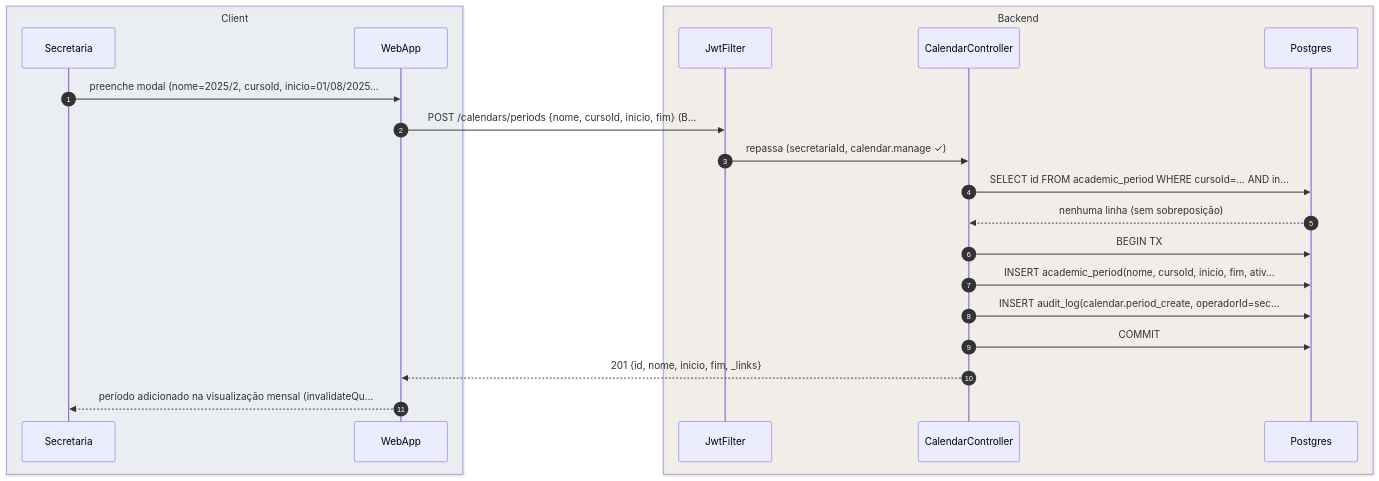
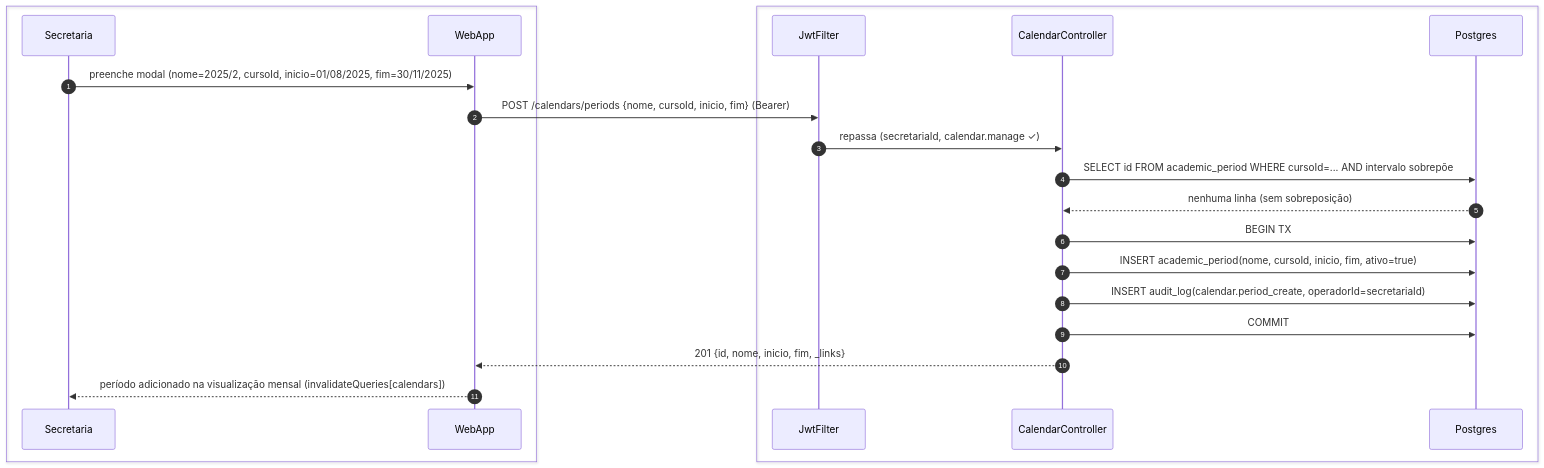
One commit to umishell/secretariaOnline2 changed the fifth of 8 diagrams in foundationDocs/sequenceDiagrams/F5 — Secretaria/US-F5-004-DADOS-ACADEMICOS.md. Above: the diagram before and after it, drawn with Mermaid. The commit also changed other lines of this file and 70 other files, not shown here.

First line of the commit message:
Enhance database documentation and introduce new schema files

````diff
--- a/foundationDocs/sequenceDiagrams/F5 — Secretaria/US-F5-004-DADOS-ACADEMICOS.md
+++ b/foundationDocs/sequenceDiagrams/F5 — Secretaria/US-F5-004-DADOS-ACADEMICOS.md
@@ -223,25 +223,25 @@
 ```mermaid
 sequenceDiagram
     autonumber
-    box rgba(230,245,255,0.3) Client
+    box #e8f4fc Cliente
         participant Secretaria
         participant WebApp
     end
-    box rgba(255,245,230,0.3) Backend
+    box #fff8ee Servidor
         participant JwtFilter
         participant CalendarController
         participant Postgres
     end
 
-    Secretaria->>WebApp: preenche modal (nome=2025/2, cursoId, inicio=01/08/2025…
-    WebApp->>JwtFilter: POST /calendars/periods {nome, cursoId, inicio, fim} (B…
+    Secretaria->>WebApp: preenche modal (nome=2025/2, cursoId, inicio=01/08/2025, fim=30/11/2025)
+    WebApp->>JwtFilter: POST /calendars/periods {nome, cursoId, inicio, fim} (Bearer)
     JwtFilter->>CalendarController: repassa (secretariaId, calendar.manage ✓)
-    CalendarController->>Postgres: SELECT id FROM academic_period WHERE cursoId=... AND in…
+    CalendarController->>Postgres: SELECT id FROM academic_period WHERE cursoId=... AND intervalo sobrepõe
     Postgres-->>CalendarController: nenhuma linha (sem sobreposição)
     CalendarController->>Postgres: BEGIN TX
-    CalendarController->>Postgres: INSERT academic_period(nome, cursoId, inicio, fim, ativ…
-    CalendarController->>Postgres: INSERT audit_log(calendar.period_create, operadorId=sec…
+    CalendarController->>Postgres: INSERT academic_period(nome, cursoId, inicio, fim, ativo=true)
+    CalendarController->>Postgres: INSERT audit_log(calendar.period_create, operadorId=secretariaId)
     CalendarController->>Postgres: COMMIT
     CalendarController-->>WebApp: 201 {id, nome, inicio, fim, _links}
-    WebApp-->>Secretaria: período adicionado na visualização mensal (invalidateQu…
+    WebApp-->>Secretaria: período adicionado na visualização mensal (invalidateQueries[calendars])
 ```
````
